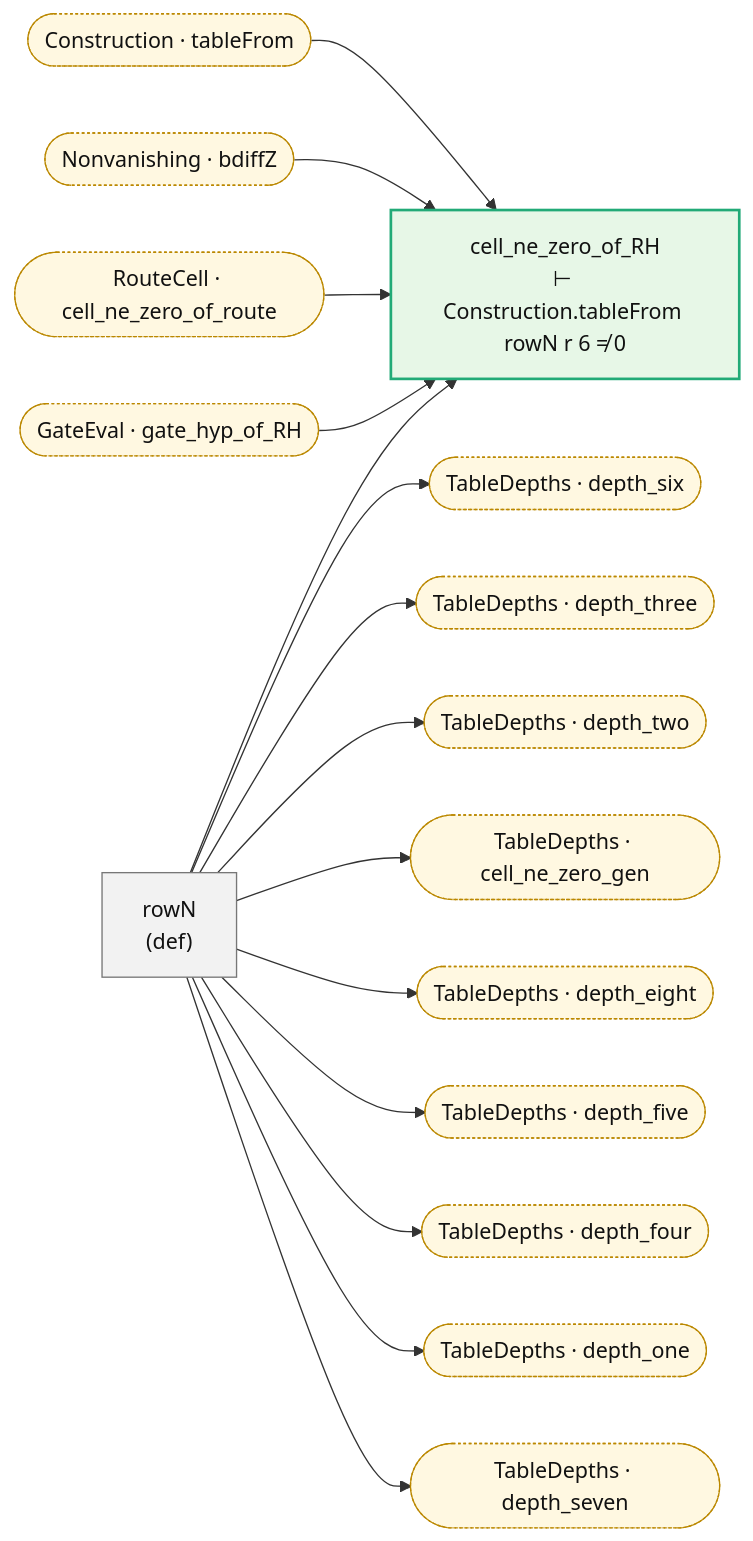
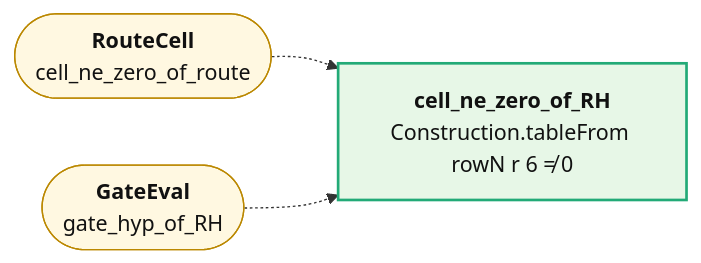
One commit to juliansambranojr/Primebeat_081426 changed the diagram in map/lean_stage3/TableRoute.md. Above: the diagram before and after it, drawn with Mermaid. The commit also changed other lines of this file and 387 other files, not shown here.

````diff
--- a/map/lean_stage3/TableRoute.md
+++ b/map/lean_stage3/TableRoute.md
@@ -8,38 +12,13 @@
 ```mermaid
 flowchart LR
-  n0["rowN<br/>(def)"]:::dfn
-  n1["cell_ne_zero_of_RH<br/>⊢ Construction.tableFrom rowN r 6 ≠ 0"]:::end_
-  x0(["Construction · tableFrom"]):::ext
-  x1(["Nonvanishing · bdiffZ"]):::ext
-  x2(["RouteCell · cell_ne_zero_of_route"]):::ext
-  x3(["GateEval · gate_hyp_of_RH"]):::ext
-  x4(["TableDepths · cell_ne_zero_gen"]):::ext
-  x5(["TableDepths · depth_eight"]):::ext
-  x6(["TableDepths · depth_five"]):::ext
-  x7(["TableDepths · depth_four"]):::ext
-  x8(["TableDepths · depth_one"]):::ext
-  x9(["TableDepths · depth_seven"]):::ext
-  x10(["TableDepths · depth_six"]):::ext
-  x11(["TableDepths · depth_three"]):::ext
-  x12(["TableDepths · depth_two"]):::ext
-  n0 --> n1
-  n0 --> x10
-  n0 --> x11
-  n0 --> x12
-  n0 --> x4
-  n0 --> x5
-  n0 --> x6
-  n0 --> x7
-  n0 --> x8
-  n0 --> x9
-  x0 --> n1
-  x1 --> n1
-  x2 --> n1
-  x3 --> n1
+  n0["<b>cell_ne_zero_of_RH</b><br/>Construction.tableFrom rowN r 6 ≠ 0"]:::end_
+  x0(["<b>RouteCell</b><br/>cell_ne_zero_of_route"]):::ext
+  x1(["<b>GateEval</b><br/>gate_hyp_of_RH"]):::ext
+  x0 -.-> n0
+  x1 -.-> n0
   classDef thm fill:#eef4ff,stroke:#335,color:#111
-  classDef dfn fill:#f2f2f2,stroke:#777,color:#111
   classDef end_ fill:#e7f7e7,stroke:#2a7,color:#111,stroke-width:2px
   classDef lone fill:#fff,stroke:#999,color:#111,stroke-dasharray:4 3
   classDef bad fill:#ffe5e5,stroke:#c22,color:#111,stroke-width:2px
-  classDef ext fill:#fff8e1,stroke:#b80,color:#111,stroke-dasharray:2 2
+  classDef ext fill:#fff8e1,stroke:#b80,color:#111
 ```
````
